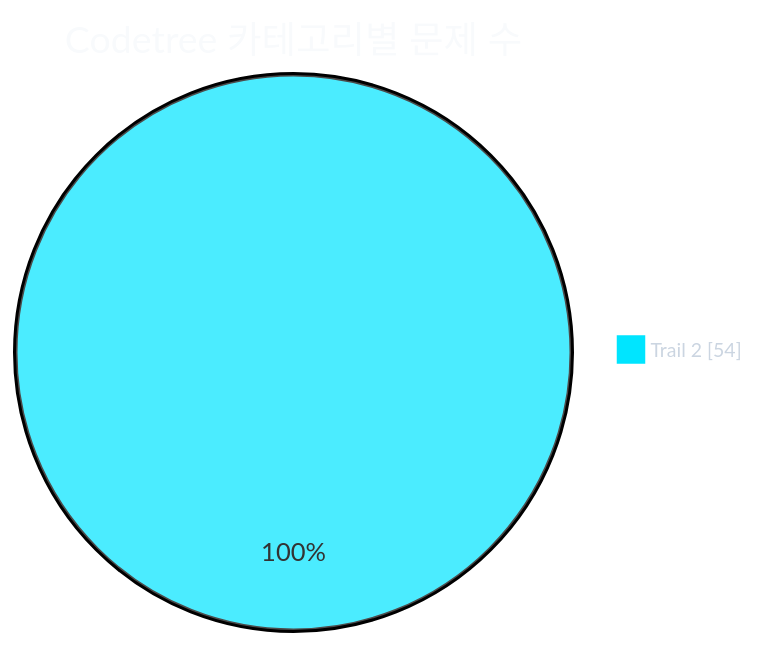
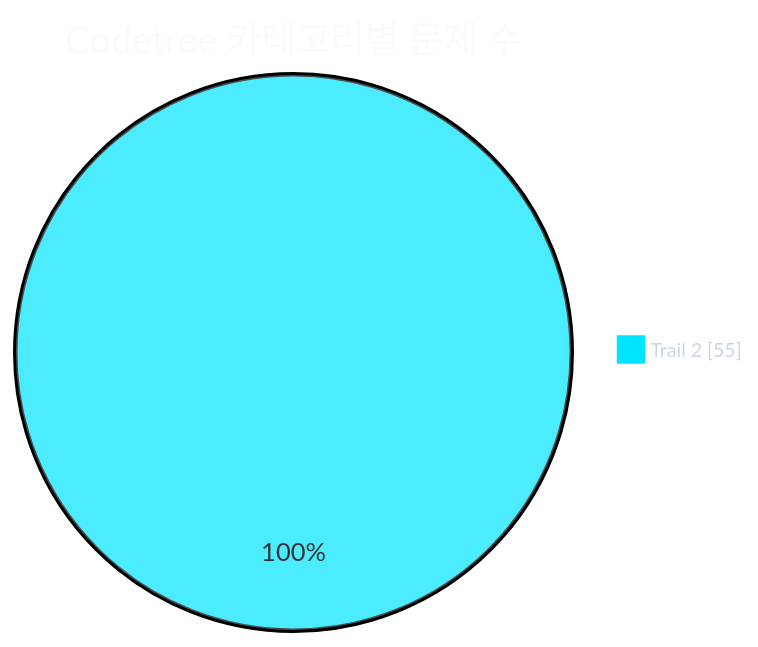
One commit to CHOOSLA/Algorithm changed the first of 2 diagrams in readme.md. Above: the diagram before and after it, drawn with Mermaid. The commit also changed other lines of this file and 2 other files, not shown here.

````diff
--- a/readme.md
+++ b/readme.md
@@ -31,21 +31,21 @@
 ```mermaid
 ---
 config:
   theme: base
   themeVariables:
     background: '#0d1117'
     pieTitleTextColor: '#f8fafc'
     pieLegendTextColor: '#cbd5e1'
     pieLegendTextSize: '13px'
     pie1: '#00e5ff'
     pie2: '#22c55e'
     pie3: '#f59e0b'
     pie4: '#a855f7'
     pie5: '#ec4899'
     pie6: '#3b82f6'
     pie7: '#64748b'
 ---
 pie showData
   title Codetree 카테고리별 문제 수
-  "Trail 2" : 54
+  "Trail 2" : 55
 ```
````
